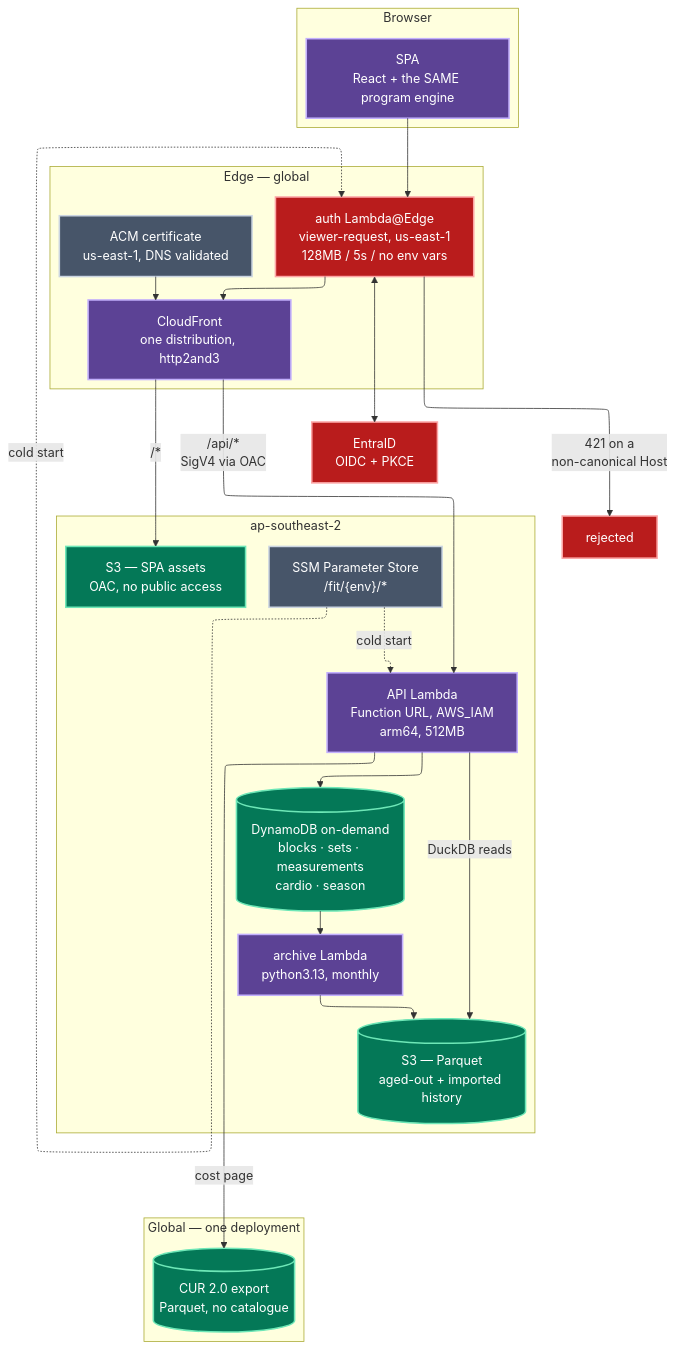
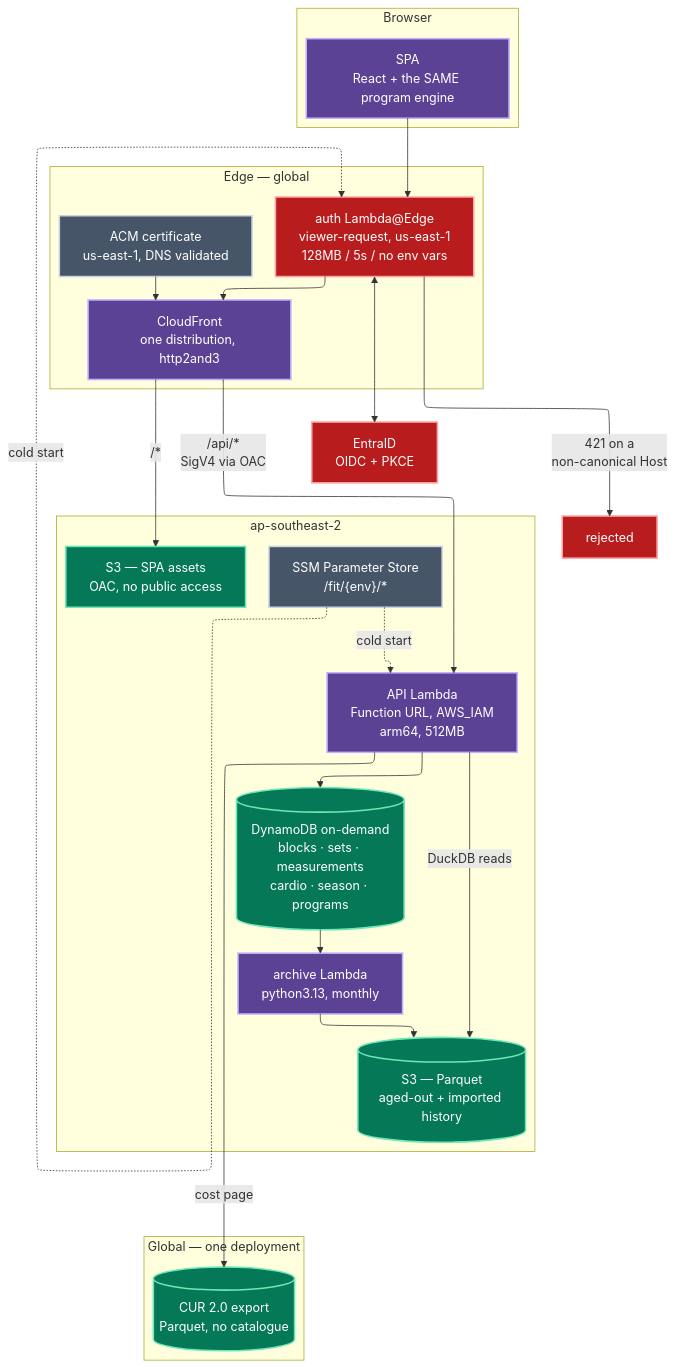
One commit to neozenith/fit changed the first of 8 diagrams in ARCHITECTURE.md. Above: the diagram before and after it, drawn with Mermaid. The commit also changed other lines of this file and 47 other files, not shown here.

````diff
--- a/ARCHITECTURE.md
+++ b/ARCHITECTURE.md
@@ -9,50 +9,50 @@
 ```mermaid
 ---
 config:
   layout: elk
 ---
 flowchart TB
     subgraph browser["Browser"]
         spa["SPA<br/>React + the SAME program engine"]:::compute
     end
 
     subgraph edge["Edge — global"]
         auth["auth Lambda@Edge<br/>viewer-request, us-east-1<br/>128MB / 5s / no env vars"]:::gate
         cf["CloudFront<br/>one distribution, http2and3"]:::compute
         cert["ACM certificate<br/>us-east-1, DNS validated"]:::infra
     end
 
     subgraph region["ap-southeast-2"]
         s3spa["S3 — SPA assets<br/>OAC, no public access"]:::data
         api["API Lambda<br/>Function URL, AWS_IAM<br/>arm64, 512MB"]:::compute
-        ddb[("DynamoDB on-demand<br/>blocks · sets · measurements<br/>cardio · season")]:::data
+        ddb[("DynamoDB on-demand<br/>blocks · sets · measurements<br/>cardio · season · programs")]:::data
         arch["archive Lambda<br/>python3.13, monthly"]:::compute
         parquet[("S3 — Parquet<br/>aged-out + imported history")]:::data
         ssm["SSM Parameter Store<br/>/fit/{env}/*"]:::infra
     end
 
     subgraph global["Global — one deployment"]
         cur[("CUR 2.0 export<br/>Parquet, no catalogue")]:::data
     end
 
     idp["EntraID<br/>OIDC + PKCE"]:::gate
 
     spa --> auth
     auth <--> idp
     auth -- "421 on a<br/>non-canonical Host" --> reject["rejected"]:::gate
     auth --> cf
     cert --> cf
     cf -- "/*" --> s3spa
     cf -- "/api/*<br/>SigV4 via OAC" --> api
     api --> ddb
     api -- "DuckDB reads" --> parquet
     api -- "cost page" --> cur
     ddb --> arch --> parquet
     ssm -. "cold start" .-> auth
     ssm -. "cold start" .-> api
 
     classDef compute fill:#5c4295,stroke:#c3b0fd,color:#fff,stroke-width:2px
     classDef data fill:#047857,stroke:#6ee7b7,color:#fff,stroke-width:2px
     classDef infra fill:#475569,stroke:#cbd5e1,color:#fff,stroke-width:2px
     classDef gate fill:#b91c1c,stroke:#fca5a5,color:#fff,stroke-width:2px
 ```
````
